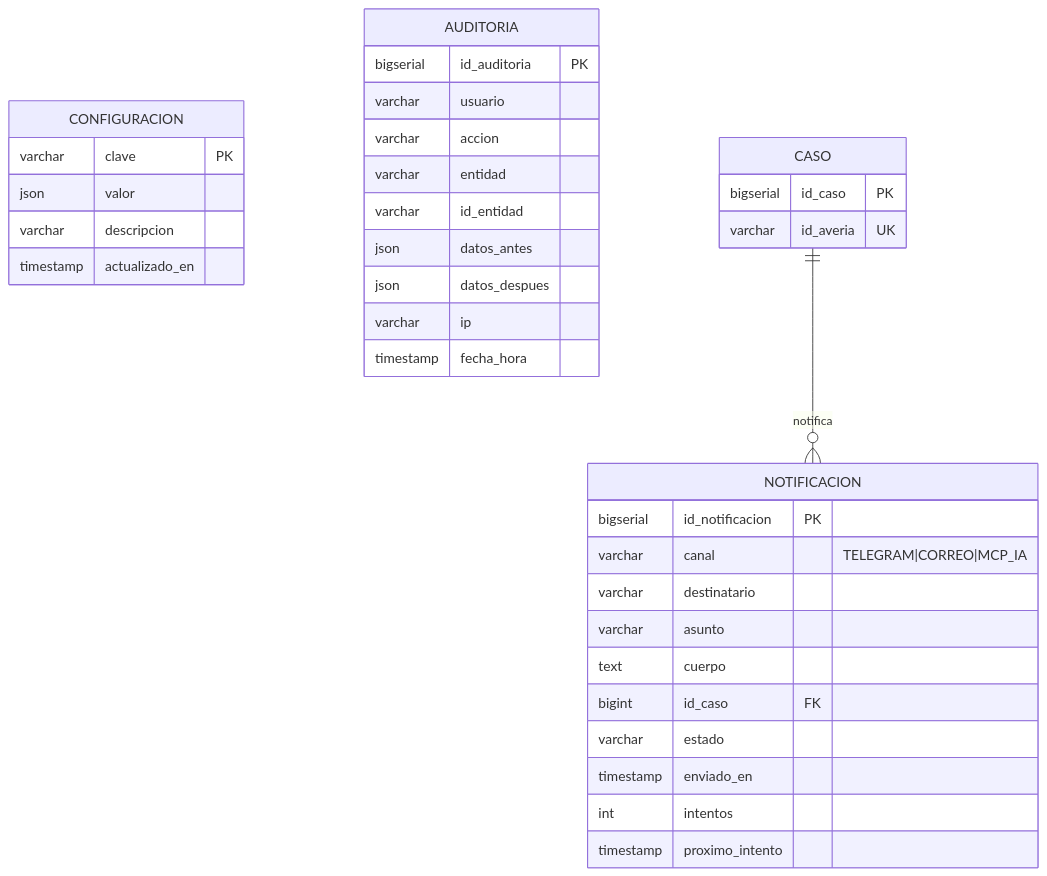
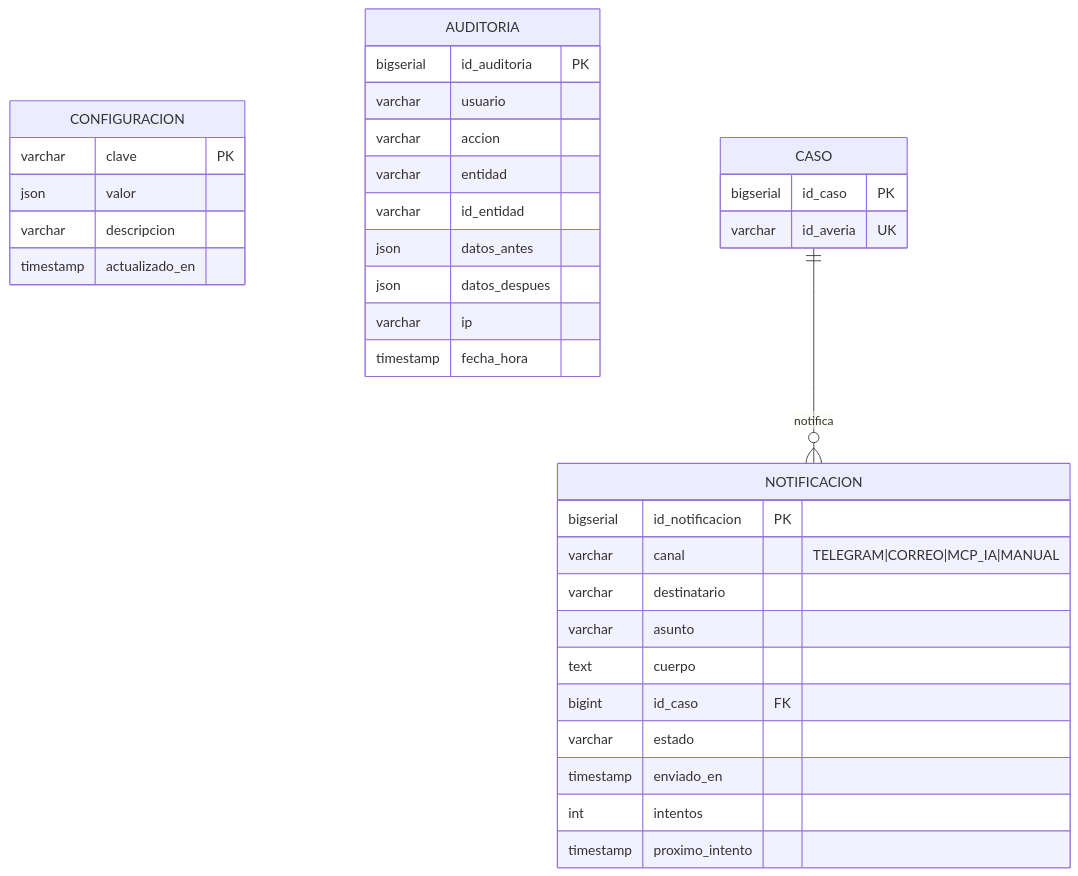
The seventh of 7 diagrams in RepoTecnico/Manuales/06-Diagrama-Relacional/01-diagrama-er.md (anlucorporations/GGTO), drawn with Mermaid before and after one commit. The commit also changed other lines of this file and 133 other files, not shown here.

````diff
--- a/RepoTecnico/Manuales/06-Diagrama-Relacional/01-diagrama-er.md
+++ b/RepoTecnico/Manuales/06-Diagrama-Relacional/01-diagrama-er.md
@@ -732,38 +732,38 @@
 ```mermaid
 erDiagram
     CONFIGURACION {
         varchar  clave PK
         json     valor
         varchar  descripcion
         timestamp actualizado_en
     }
     AUDITORIA {
         bigserial id_auditoria PK
         varchar  usuario
         varchar  accion
         varchar  entidad
         varchar  id_entidad
         json     datos_antes
         json     datos_despues
         varchar  ip
         timestamp fecha_hora
     }
     NOTIFICACION {
         bigserial id_notificacion PK
-        varchar  canal "TELEGRAM|CORREO|MCP_IA"
+        varchar  canal "TELEGRAM|CORREO|MCP_IA|MANUAL"
         varchar  destinatario
         varchar  asunto
         text     cuerpo
         bigint   id_caso FK
         varchar  estado
         timestamp enviado_en
         int      intentos
         timestamp proximo_intento
     }
     CASO {
         bigserial id_caso PK
         varchar  id_averia UK
     }
 
     CASO ||--o{ NOTIFICACION : notifica
 ```
````
